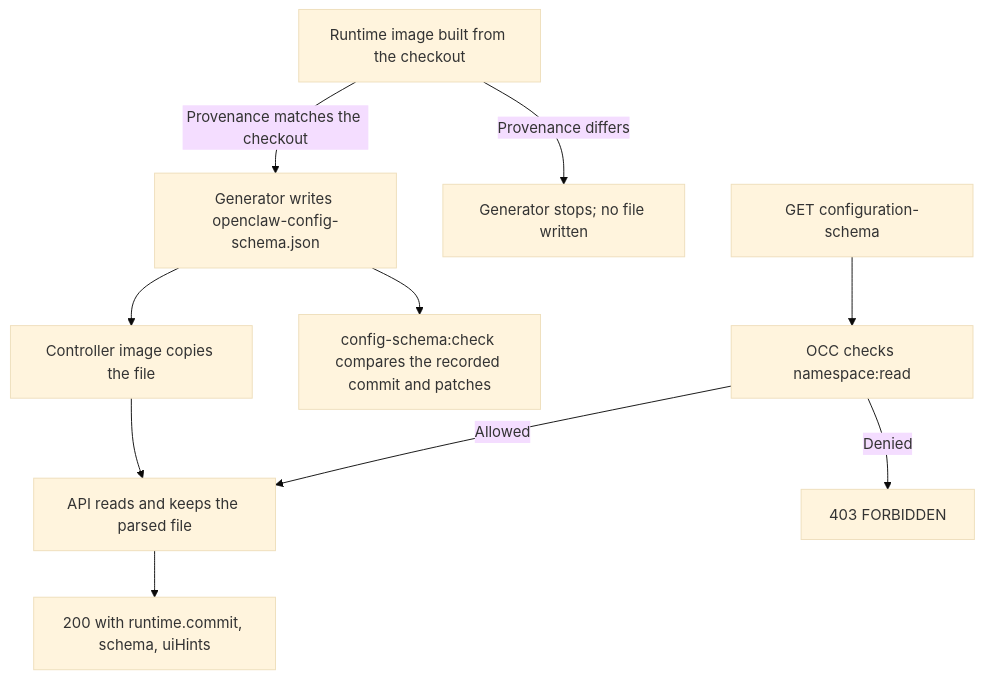
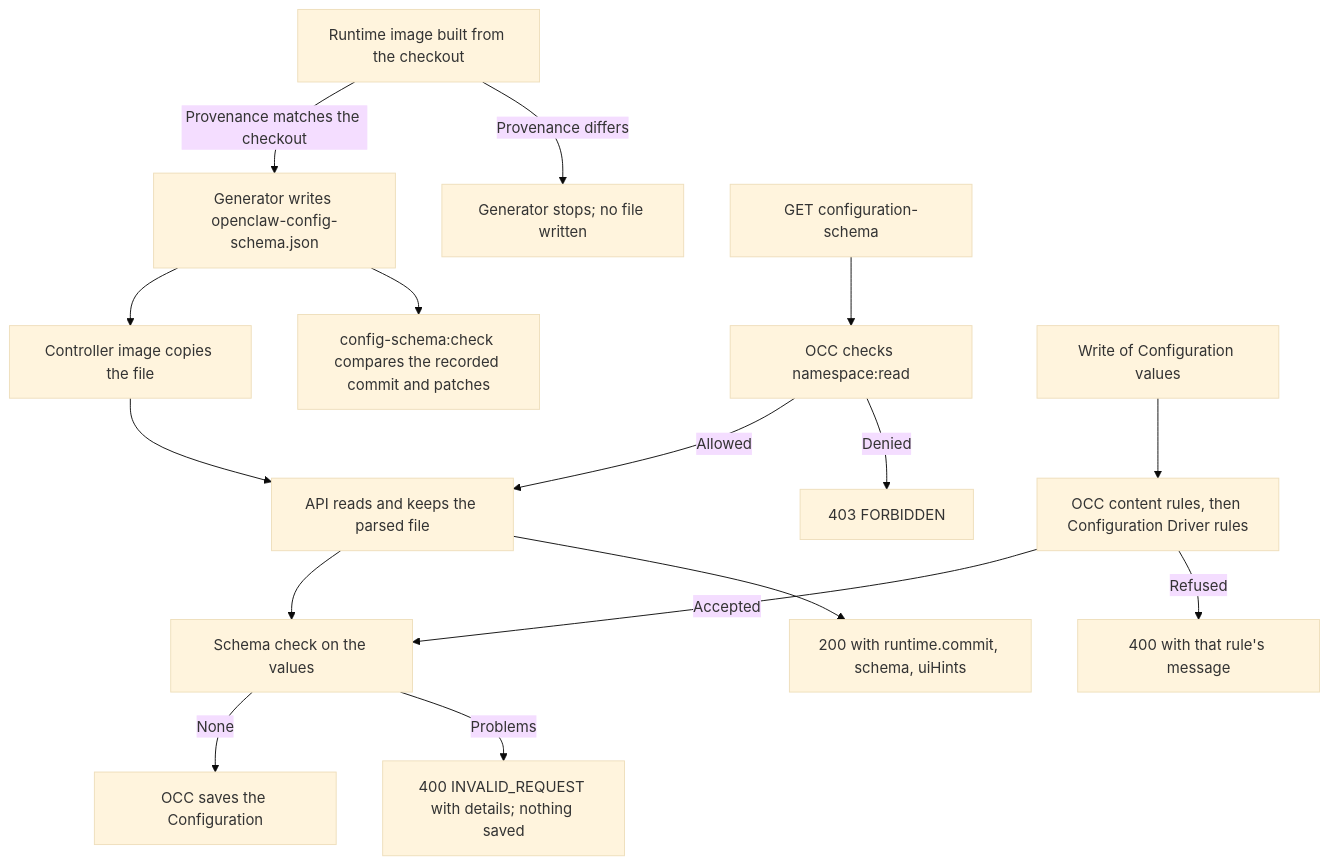
Before and after one commit to Gkrumbach07/openclaw-enterprise: the diagram in docs/flows/agent-configuration-schema.md, drawn with Mermaid (base theme). The commit also changed other lines of this file and 49 other files, not shown here.

First line of the commit message:
feat(configuration): refuse values the pinned OpenClaw schema rejects

````diff
--- a/docs/flows/agent-configuration-schema.md
+++ b/docs/flows/agent-configuration-schema.md
@@ -28,12 +31,18 @@
 ```mermaid
 graph TD
   Image["Runtime image built from the checkout"] -->|Provenance differs| Refuse["Generator stops; no file written"]
   Image -->|Provenance matches the checkout| File["Generator writes openclaw-config-schema.json"]
   File --> Check["config-schema:check compares the recorded commit and patches"]
   File --> Controller["Controller image copies the file"]
   Request["GET configuration-schema"] --> Authorize["OCC checks namespace:read"]
   Authorize -->|Denied| Forbidden["403 FORBIDDEN"]
   Authorize -->|Allowed| Load["API reads and keeps the parsed file"]
   Controller --> Load
   Load --> Response["200 with runtime.commit, schema, uiHints"]
+  Write["Write of Configuration values"] --> Rules["OCC content rules, then Configuration Driver rules"]
+  Rules -->|Refused| Specific["400 with that rule's message"]
+  Rules -->|Accepted| Schema["Schema check on the values"]
+  Load --> Schema
+  Schema -->|Problems| Details["400 INVALID_REQUEST with details; nothing saved"]
+  Schema -->|None| Save["OCC saves the Configuration"]
 ```
````
